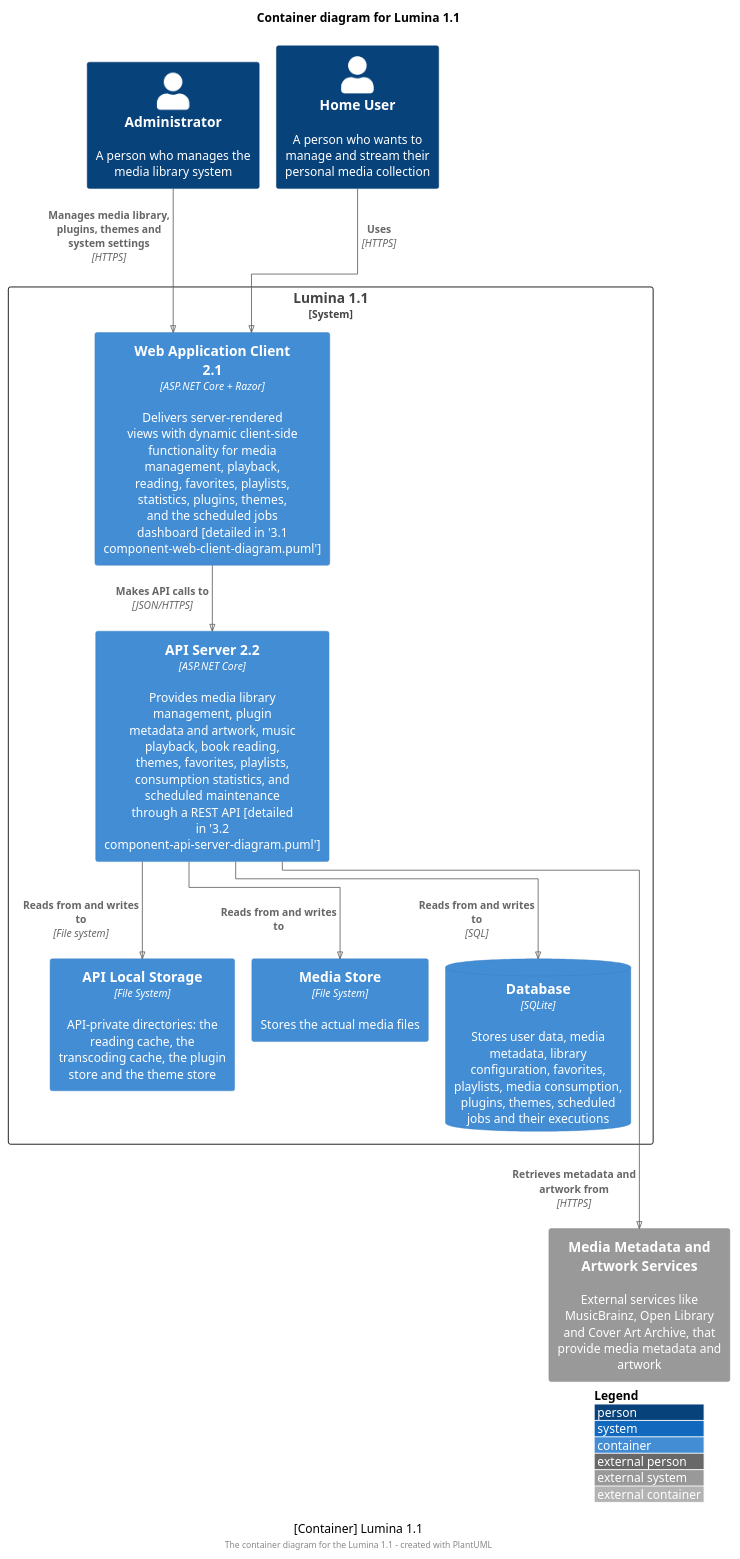
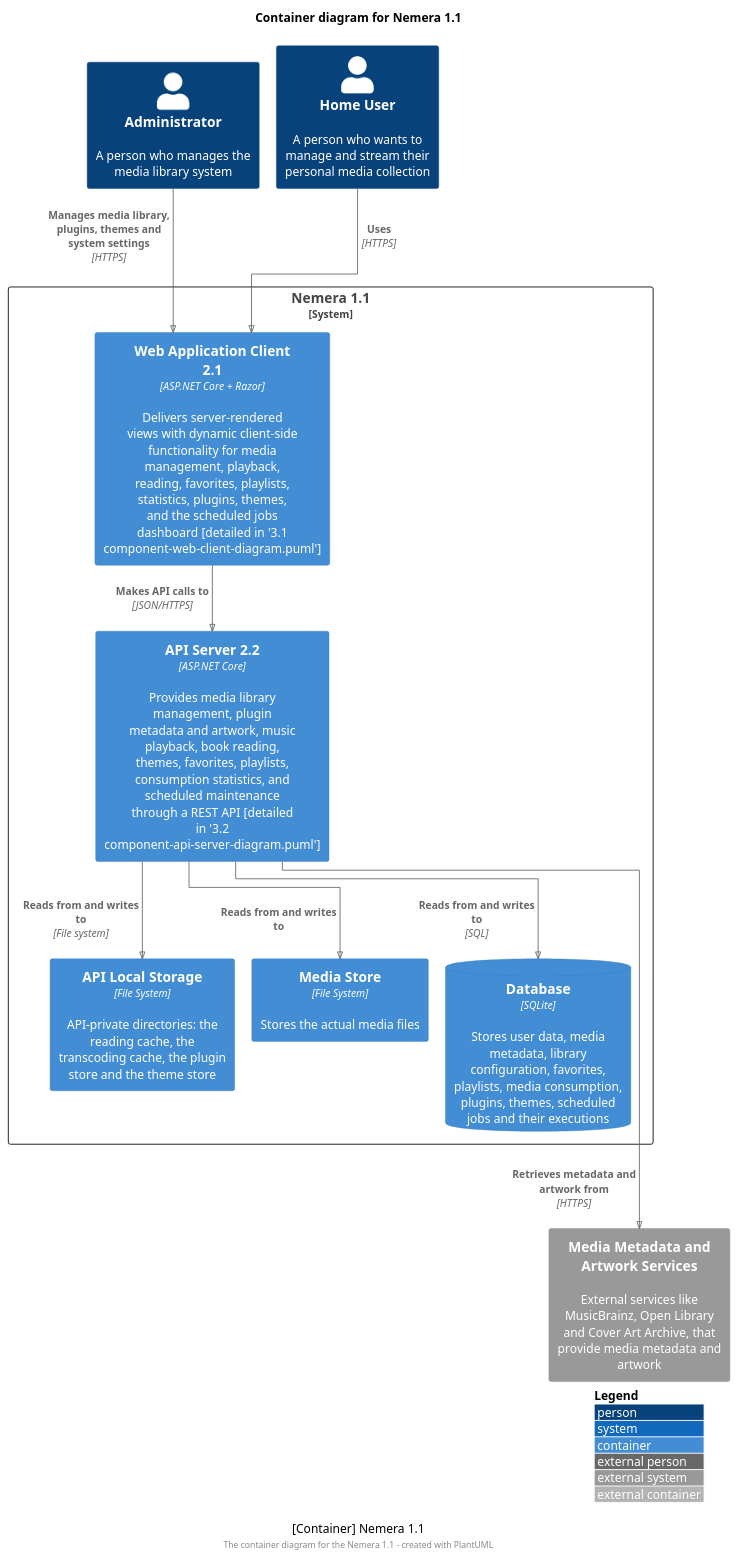
The diagram in docs/technical/architecture/2 container-diagram.puml (BinaryAlley/Lumina), drawn with PlantUML before and after one commit. The commit also changed 6126 other files, not shown here.

Commit message:
Renames project content from Lumina to Nemera

```diff
--- a/docs/technical/architecture/2 container-diagram.puml
+++ b/docs/technical/architecture/2 container-diagram.puml
@@ -1,36 +1,36 @@
-@startuml Lumina Container Diagram
+@startuml Nemera Container Diagram
 !pragma layout elk
 !include <C4/C4_Container>
 
 LAYOUT_WITH_LEGEND()
-title Container diagram for Lumina 1.1
+title Container diagram for Nemera 1.1
 
 Person(user, "Home User", "A person who wants to manage and stream their personal media collection")
 Person(admin, "Administrator", "A person who manages the media library system")
 
-System_Boundary(c1, "Lumina 1.1") {
+System_Boundary(c1, "Nemera 1.1") {
     Container(webapp, "Web Application Client 2.1", "ASP.NET Core + Razor", "Delivers server-rendered views with dynamic client-side functionality for media management, playback, reading, favorites, playlists, statistics, plugins, themes, and the scheduled jobs dashboard [detailed in '3.1 component-web-client-diagram.puml']")
 
     Container(api, "API Server 2.2", "ASP.NET Core", "Provides media library management, plugin metadata and artwork, music playback, book reading, themes, favorites, playlists, consumption statistics, and scheduled maintenance through a REST API [detailed in '3.2 component-api-server-diagram.puml']")
 
     ContainerDb(db, "Database", "SQLite", "Stores user data, media metadata, library configuration, favorites, playlists, media consumption, plugins, themes, scheduled jobs and their executions")
 
     Container(filestore, "Media Store", "File System", "Stores the actual media files")
 
     Container(apiStorage, "API Local Storage", "File System", "API-private directories: the reading cache, the transcoding cache, the plugin store and the theme store")
 }
 
 System_Ext(metadata, "Media Metadata and Artwork Services", "External services like MusicBrainz, Open Library and Cover Art Archive, that provide media metadata and artwork")
 
 Rel(user, webapp, "Uses", "HTTPS")
 Rel(admin, webapp, "Manages media library, plugins, themes and system settings", "HTTPS")
 Rel(webapp, api, "Makes API calls to", "JSON/HTTPS")
 Rel(api, db, "Reads from and writes to", "SQL")
 Rel(api, filestore, "Reads from and writes to")
 Rel(api, apiStorage, "Reads from and writes to", "File system")
 Rel(api, metadata, "Retrieves metadata and artwork from", "HTTPS")
 
-caption [Container] Lumina 1.1
+caption [Container] Nemera 1.1
 
-footer The container diagram for the Lumina 1.1 - created with PlantUML
+footer The container diagram for the Nemera 1.1 - created with PlantUML
 @enduml
```
